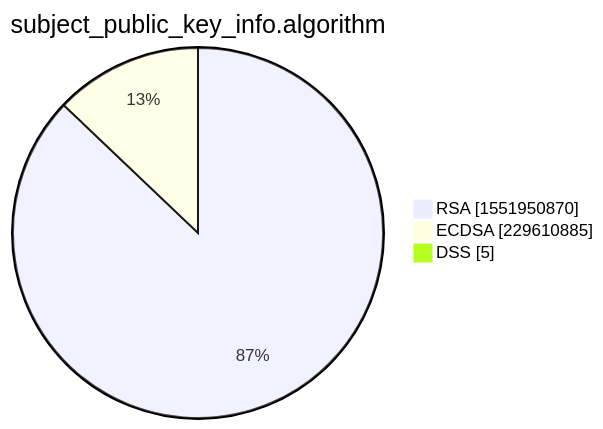
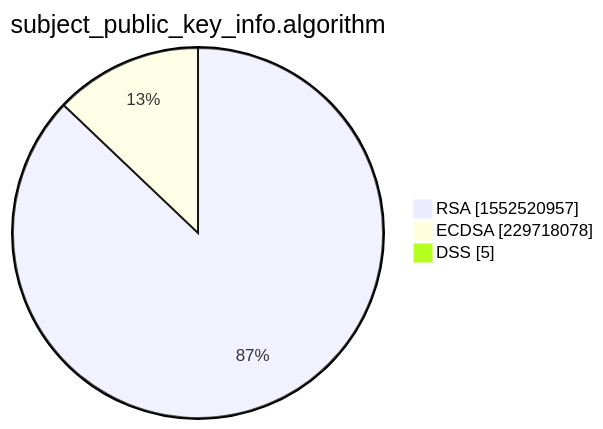
Before and after one commit to christiankrug/ctmonitor_visualization: the third of 15 diagrams in xenon2022/README.md, drawn with Mermaid. The commit also changed other lines of this file, not shown here.

````diff
--- a/xenon2022/README.md
+++ b/xenon2022/README.md
@@ -14,7 +14,7 @@
 ```mermaid
 pie showData
 title subject_public_key_info.algorithm
-"RSA" :1551950870
-"ECDSA" :229610885
+"RSA" :1552520957
+"ECDSA" :229718078
 "DSS" :5
 ```
````
